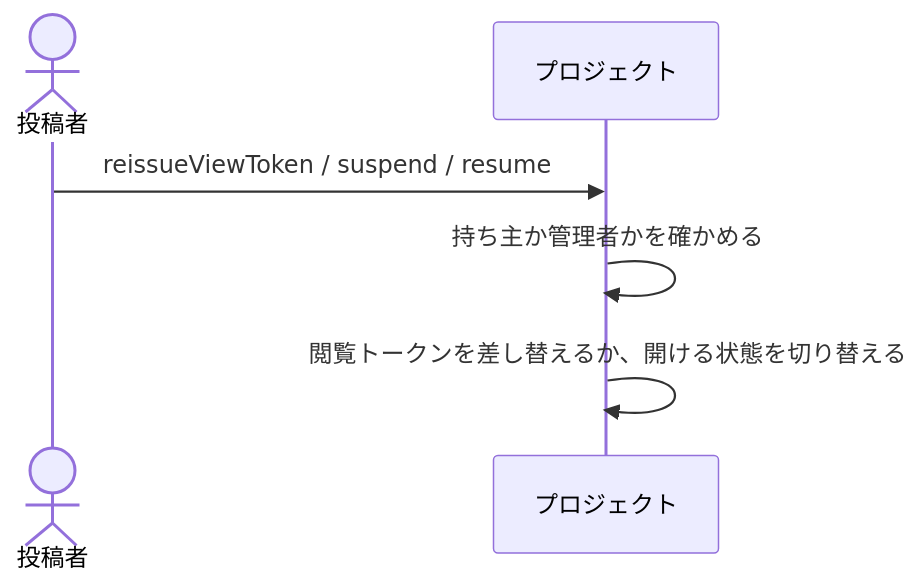
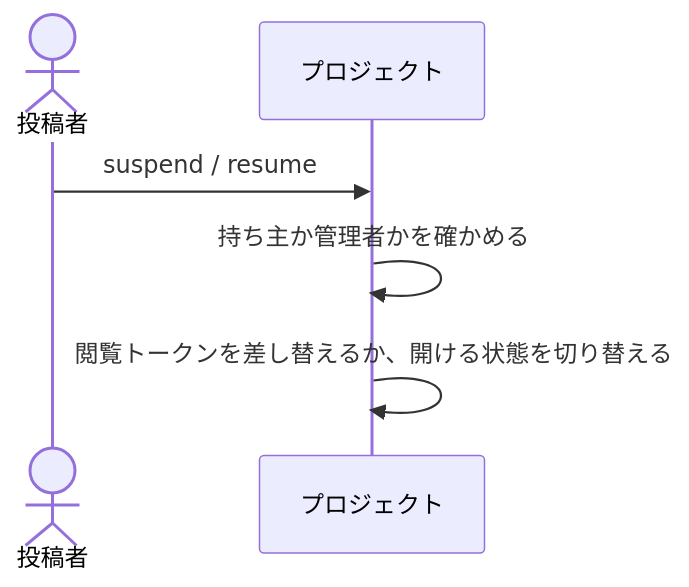
Before and after one commit to daidaiiro-519/waffle: the diagram in .waffle/specs/bc-artifact-share/subdomain/sd-artifact-sharing/usecase/uc-control-project-access.md, drawn with Mermaid. The commit also changed other lines of this file and 13 other files, not shown here.

````diff
--- a/.waffle/specs/bc-artifact-share/subdomain/sd-artifact-sharing/usecase/uc-control-project-access.md
+++ b/.waffle/specs/bc-artifact-share/subdomain/sd-artifact-sharing/usecase/uc-control-project-access.md
@@ -55,7 +55,7 @@
 ```mermaid
 sequenceDiagram
     actor 投稿者
-    投稿者->>プロジェクト: reissueViewToken / suspend / resume
+    投稿者->>プロジェクト: suspend / resume
     プロジェクト->>プロジェクト: 持ち主か管理者かを確かめる
     プロジェクト->>プロジェクト: 閲覧トークンを差し替えるか、開ける状態を切り替える
 ```
````
